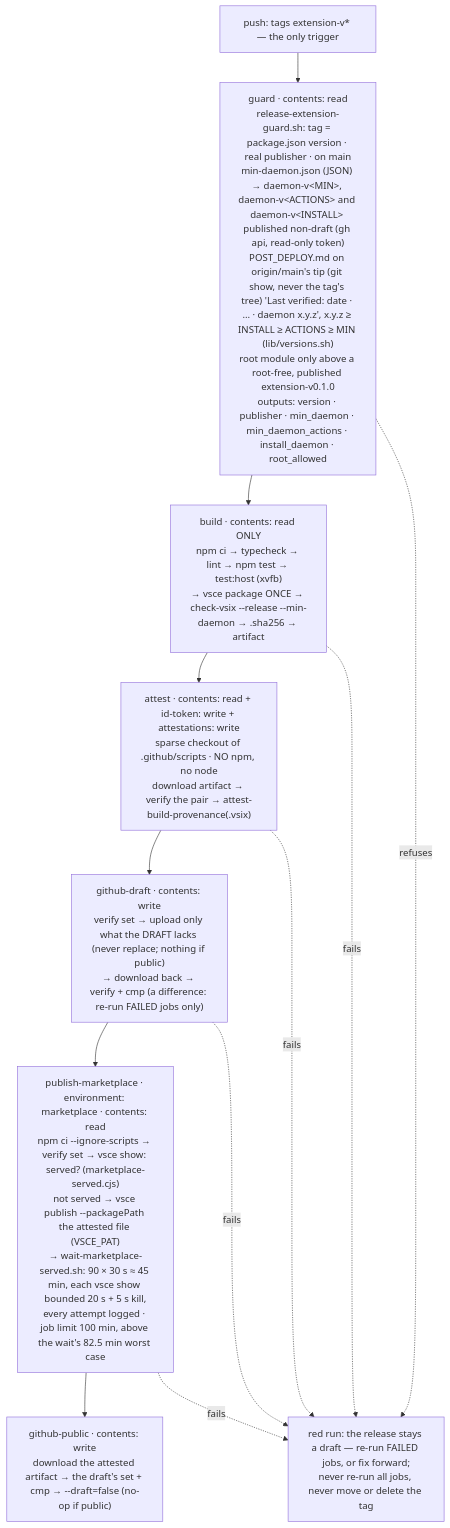
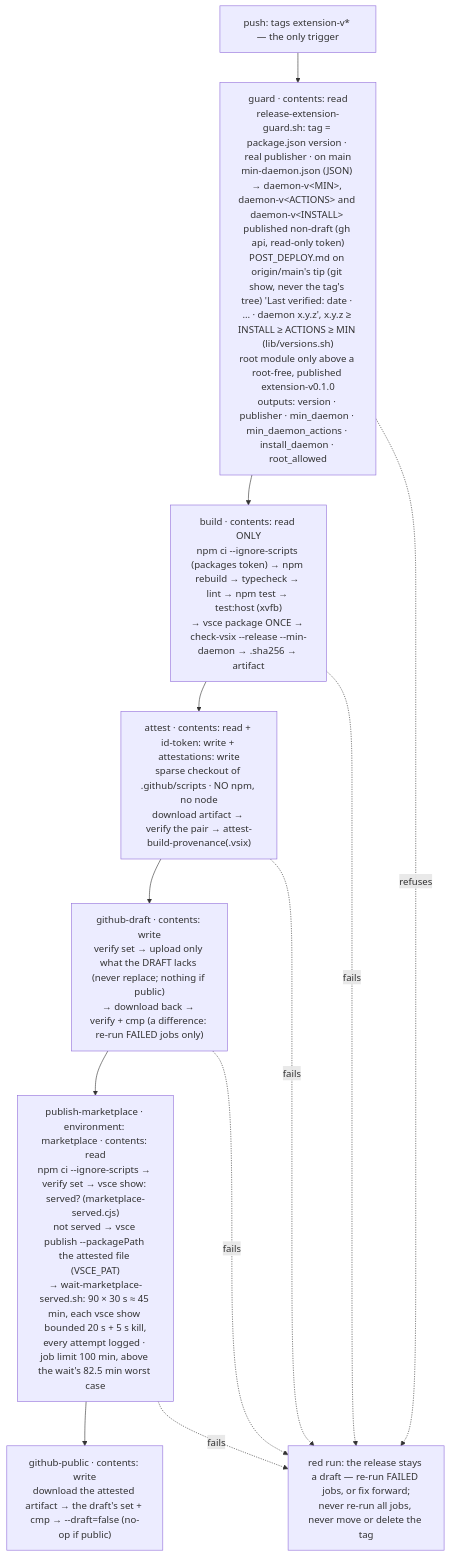
One commit to oleksandrdubyna88/wsl_care changed the eighth of 8 diagrams in research/module_vs_code.md. Above: the diagram before and after it, drawn with Mermaid. The commit also changed other lines of this file and 16 other files, not shown here.

````diff
--- a/research/module_vs_code.md
+++ b/research/module_vs_code.md
@@ -717,17 +719,17 @@
 ```mermaid
 flowchart TD
     tag["push: tags extension-v* — the only trigger"]
     guard["guard · contents: read<br/>release-extension-guard.sh: tag = package.json version · real publisher · on main<br/>min-daemon.json (JSON) → daemon-v&lt;MIN&gt;, daemon-v&lt;ACTIONS&gt; and daemon-v&lt;INSTALL&gt; published non-draft (gh api, read-only token)<br/>POST_DEPLOY.md on origin/main's tip (git show, never the tag's tree) 'Last verified: date · … · daemon x.y.z', x.y.z ≥ INSTALL ≥ ACTIONS ≥ MIN (lib/versions.sh)<br/>root module only above a root-free, published extension-v0.1.0<br/>outputs: version · publisher · min_daemon · min_daemon_actions · install_daemon · root_allowed"]
-    build["build · contents: read ONLY<br/>npm ci → typecheck → lint → npm test → test:host (xvfb)<br/>→ vsce package ONCE → check-vsix --release --min-daemon → .sha256 → artifact"]
+    build["build · contents: read ONLY<br/>npm ci --ignore-scripts (packages token) → npm rebuild → typecheck → lint → npm test → test:host (xvfb)<br/>→ vsce package ONCE → check-vsix --release --min-daemon → .sha256 → artifact"]
     attest["attest · contents: read + id-token: write + attestations: write<br/>sparse checkout of .github/scripts · NO npm, no node<br/>download artifact → verify the pair → attest-build-provenance(.vsix)"]
     draft["github-draft · contents: write<br/>verify set → upload only what the DRAFT lacks (never replace; nothing if public)<br/>→ download back → verify + cmp (a difference: re-run FAILED jobs only)"]
     mkt["publish-marketplace · environment: marketplace · contents: read<br/>npm ci --ignore-scripts → verify set → vsce show: served? (marketplace-served.cjs)<br/>not served → vsce publish --packagePath the attested file (VSCE_PAT)<br/>→ wait-marketplace-served.sh: 90 × 30 s ≈ 45 min, each vsce show bounded 20 s + 5 s kill,<br/>every attempt logged · job limit 100 min, above the wait's 82.5 min worst case"]
     pub["github-public · contents: write<br/>download the attested artifact → the draft's set + cmp → --draft=false (no-op if public)"]
     stop["red run: the release stays a draft — re-run FAILED jobs, or fix forward;<br/>never re-run all jobs, never move or delete the tag"]
     tag --> guard --> build --> attest --> draft --> mkt --> pub
     guard -. refuses .-> stop
     build -. fails .-> stop
     attest -. fails .-> stop
     draft -. fails .-> stop
     mkt -. fails .-> stop
 ```
````
